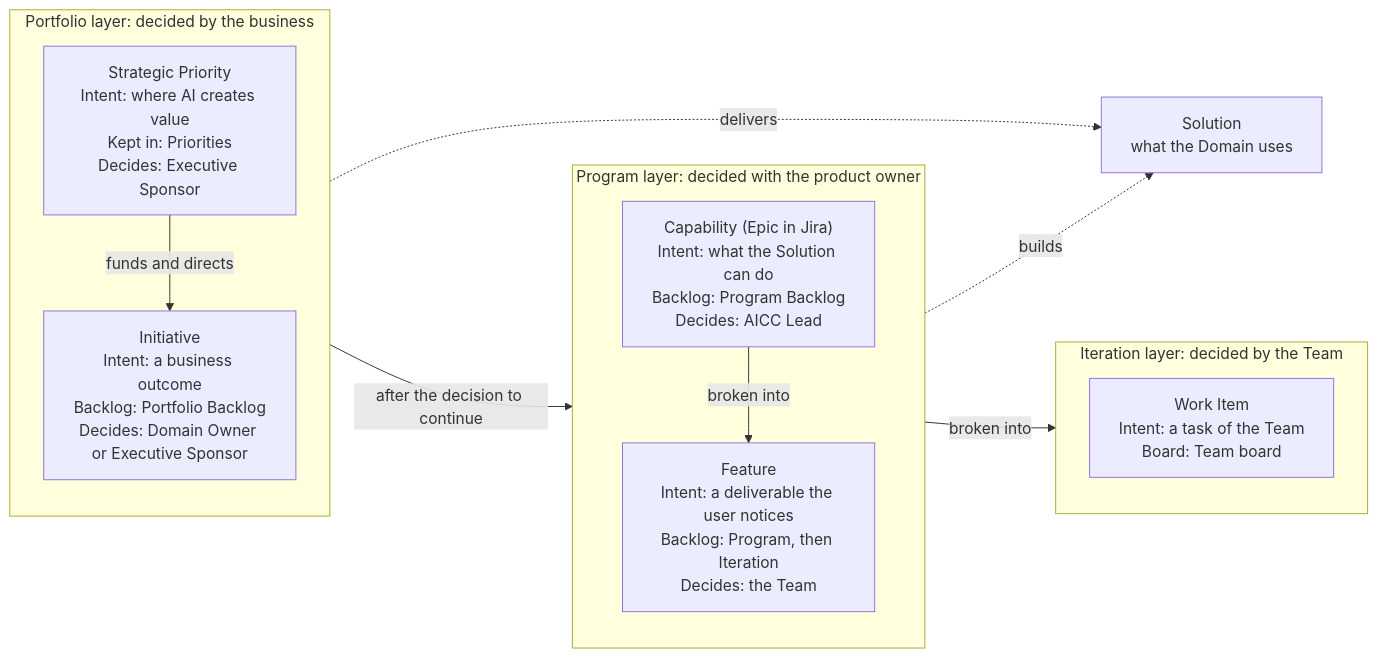
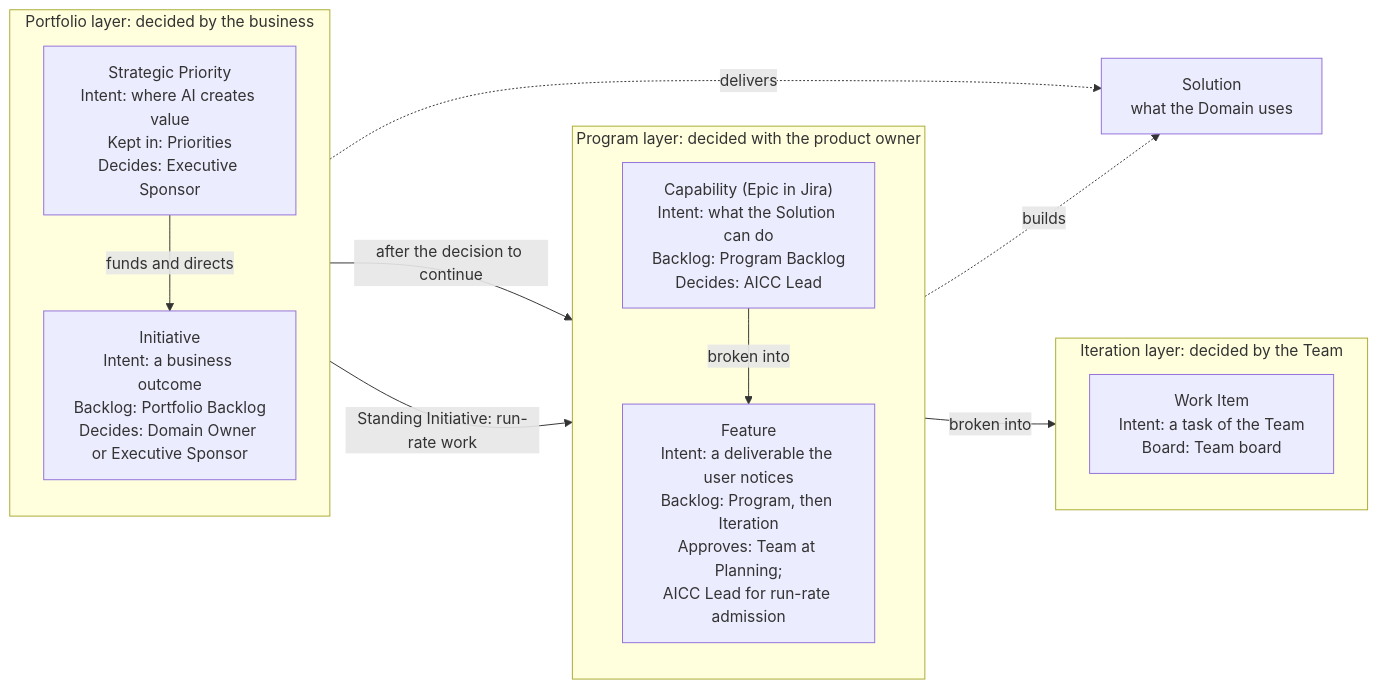
The first of 13 diagrams in charter/documents/solution-lifecycle-model.md (devhogu/ob-aicc), drawn with Mermaid before and after one commit. The commit also changed other lines of this file and 512 other files, not shown here.

````diff
--- a/charter/documents/solution-lifecycle-model.md
+++ b/charter/documents/solution-lifecycle-model.md
@@ -59,23 +59,24 @@
 ```mermaid
 flowchart LR
   subgraph PORT["Portfolio layer: decided by the business"]
     direction TB
     SP["Strategic Priority<br/>Intent: where AI creates value<br/>Kept in: Priorities<br/>Decides: Executive Sponsor"]
     INI["Initiative<br/>Intent: a business outcome<br/>Backlog: Portfolio Backlog<br/>Decides: Domain Owner or Executive Sponsor"]
     SP -->|funds and directs| INI
   end
   subgraph PROG["Program layer: decided with the product owner"]
     direction TB
     CAP["Capability (Epic in Jira)<br/>Intent: what the Solution can do<br/>Backlog: Program Backlog<br/>Decides: AICC Lead"]
-    FT["Feature<br/>Intent: a deliverable the user notices<br/>Backlog: Program, then Iteration<br/>Decides: the Team"]
+    FT["Feature<br/>Intent: a deliverable the user notices<br/>Backlog: Program, then Iteration<br/>Approves: Team at Planning;<br/>AICC Lead for run-rate admission"]
     CAP -->|broken into| FT
   end
   subgraph ITER["Iteration layer: decided by the Team"]
     direction TB
     WI["Work Item<br/>Intent: a task of the Team<br/>Board: Team board"]
   end
   INI -->|after the decision to continue| CAP
+  INI -->|Standing Initiative: run-rate work| FT
   FT -->|broken into| WI
   INI -.->|delivers| SOL["Solution<br/>what the Domain uses"]
   CAP -.->|builds| SOL
 ```
````
